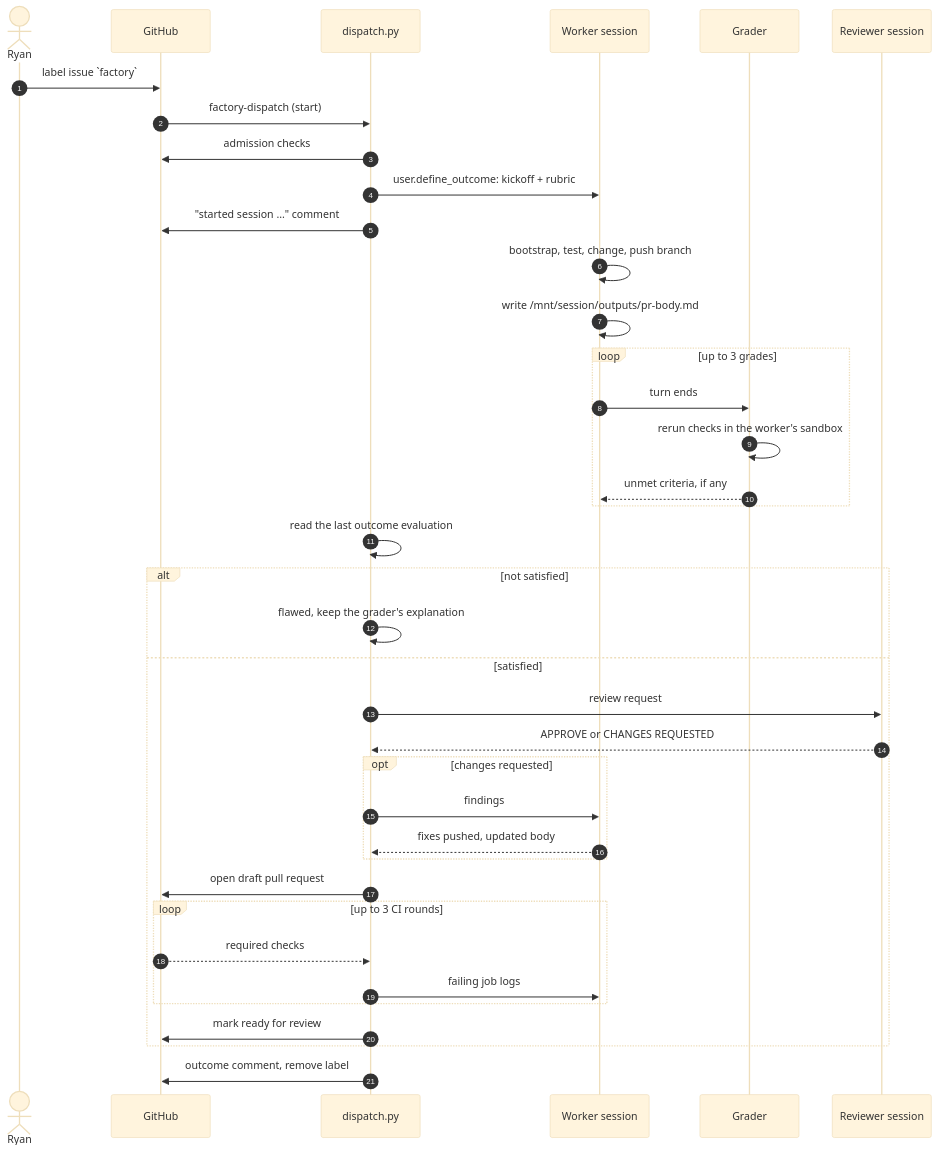
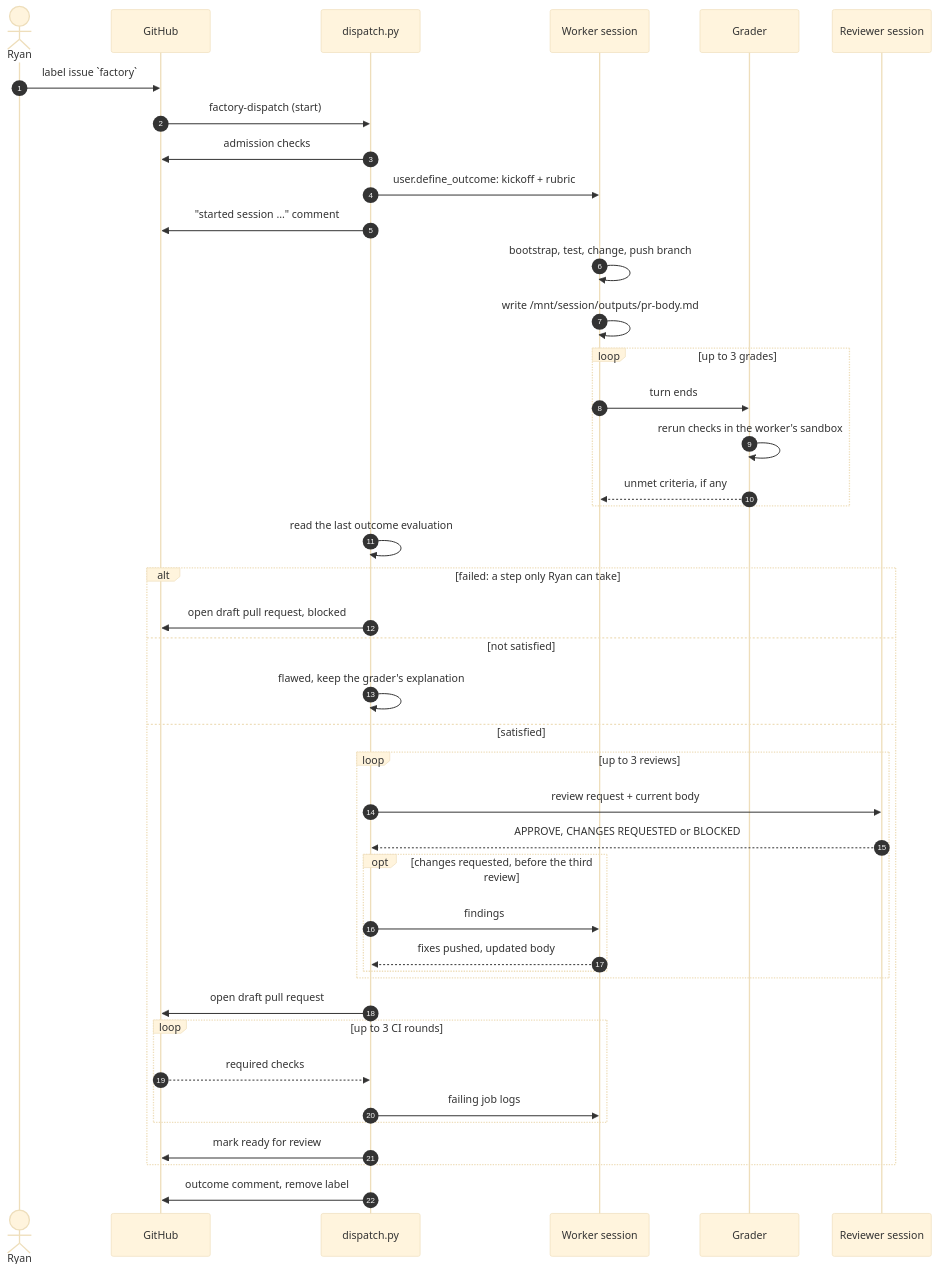
One commit to rhprasad0/nova-toll-budget-agent changed the second of 3 diagrams in factory/README.md. Above: the diagram before and after it, drawn with Mermaid (base theme). The commit also changed other lines of this file and 5 other files, not shown here.

First line of the commit message:
Give the factory up to three review rounds and a blocked outcome (#860)

````diff
--- a/factory/README.md
+++ b/factory/README.md
@@ -42,40 +42,44 @@
 ```mermaid
 sequenceDiagram
   autonumber
   actor Ryan
   participant GH as GitHub
   participant D as dispatch.py
   participant W as Worker session
   participant G as Grader
   participant R as Reviewer session
   Ryan->>GH: label issue `factory`
   GH->>D: factory-dispatch (start)
   D->>GH: admission checks
   D->>W: user.define_outcome: kickoff + rubric
   D->>GH: "started session …" comment
   W->>W: bootstrap, test, change, push branch
   W->>W: write /mnt/session/outputs/pr-body.md
   loop up to 3 grades
     W->>G: turn ends
     G->>G: rerun checks in the worker's sandbox
     G-->>W: unmet criteria, if any
   end
   D->>D: read the last outcome evaluation
-  alt not satisfied
+  alt failed: a step only Ryan can take
+    D->>GH: open draft pull request, blocked
+  else not satisfied
     D->>D: flawed, keep the grader's explanation
   else satisfied
-    D->>R: review request
-    R-->>D: APPROVE or CHANGES REQUESTED
-    opt changes requested
-      D->>W: findings
-      W-->>D: fixes pushed, updated body
+    loop up to 3 reviews
+      D->>R: review request + current body
+      R-->>D: APPROVE, CHANGES REQUESTED or BLOCKED
+      opt changes requested, before the third review
+        D->>W: findings
+        W-->>D: fixes pushed, updated body
+      end
     end
     D->>GH: open draft pull request
     loop up to 3 CI rounds
       GH-->>D: required checks
       D->>W: failing job logs
     end
     D->>GH: mark ready for review
   end
   D->>GH: outcome comment, remove label
 ```
````
